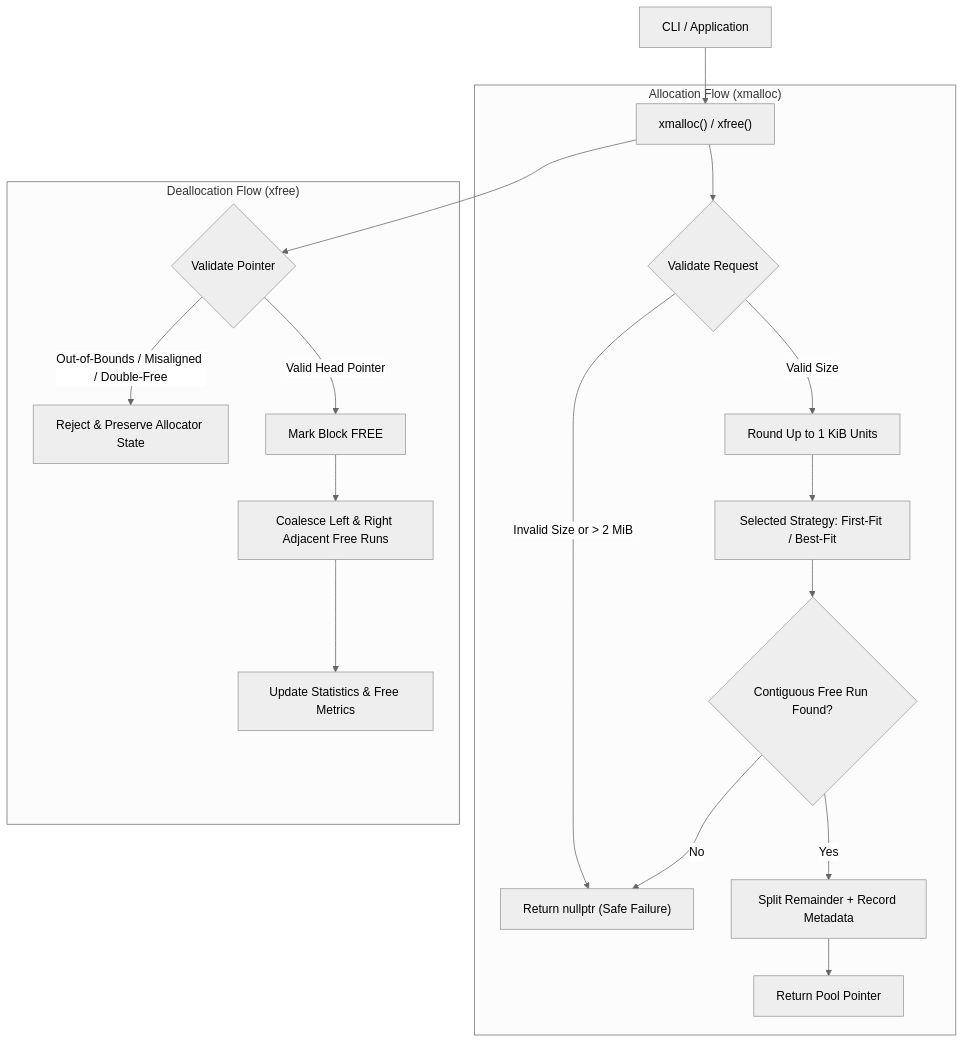
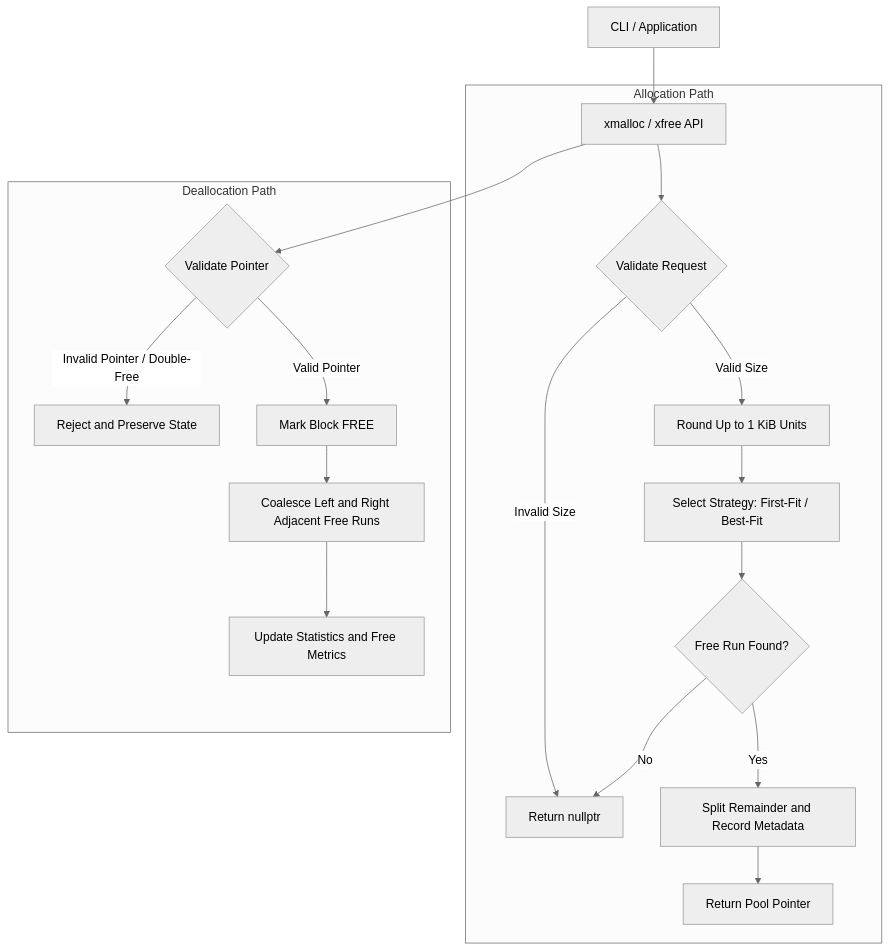
One commit to adityashinde0/Deterministic-Custom-Memory-Allocator changed the diagram in README.md. Above: the diagram before and after it, drawn with Mermaid (neutral theme).

Commit message:
docs: simplify mermaid diagram syntax to guarantee clean GitHub rendering

````diff
--- a/README.md
+++ b/README.md
@@ -39,23 +39,23 @@
 ```mermaid
-graph TD
-    A["CLI / Application"] --> B["xmalloc() / xfree()"]
-    
-    subgraph Alloc_Path ["Allocation Flow (xmalloc)"]
-        B --> C{"Validate Request"}
-        C -->|"Invalid Size or > 2 MiB"| E["Return nullptr (Safe Failure)"]
-        C -->|"Valid Size"| D["Round Up to 1 KiB Units"]
-        D --> F["Selected Strategy: First-Fit / Best-Fit"]
-        F --> G{"Contiguous Free Run Found?"}
-        G -->|"No"| E
-        G -->|"Yes"| H["Split Remainder + Record Metadata"]
-        H --> I["Return Pool Pointer"]
+flowchart TD
+    CLI[CLI / Application] --> API[xmalloc / xfree API]
+
+    subgraph Allocation [Allocation Path]
+        API --> CheckReq{Validate Request}
+        CheckReq -->|Invalid Size| FailAlloc[Return nullptr]
+        CheckReq -->|Valid Size| RoundUnits[Round Up to 1 KiB Units]
+        RoundUnits --> Strat[Select Strategy: First-Fit / Best-Fit]
+        Strat --> FindBlock{Free Run Found?}
+        FindBlock -->|No| FailAlloc
+        FindBlock -->|Yes| SplitBlock[Split Remainder and Record Metadata]
+        SplitBlock --> RetPtr[Return Pool Pointer]
     end
 
-    subgraph Free_Path ["Deallocation Flow (xfree)"]
-        B --> J{"Validate Pointer"}
-        J -->|"Out-of-Bounds / Misaligned / Double-Free"| K["Reject & Preserve Allocator State"]
-        J -->|"Valid Head Pointer"| L["Mark Block FREE"]
-        L --> M["Coalesce Left & Right Adjacent Free Runs"]
-        M --> N["Update Statistics & Free Metrics"]
+    subgraph Deallocation [Deallocation Path]
+        API --> CheckPtr{Validate Pointer}
+        CheckPtr -->|Invalid Pointer / Double-Free| RejectFree[Reject and Preserve State]
+        CheckPtr -->|Valid Pointer| ReleaseBlock[Mark Block FREE]
+        ReleaseBlock --> CoalesceBlocks[Coalesce Left and Right Adjacent Free Runs]
+        CoalesceBlocks --> UpdateMetrics[Update Statistics and Free Metrics]
     end
 ```
````
